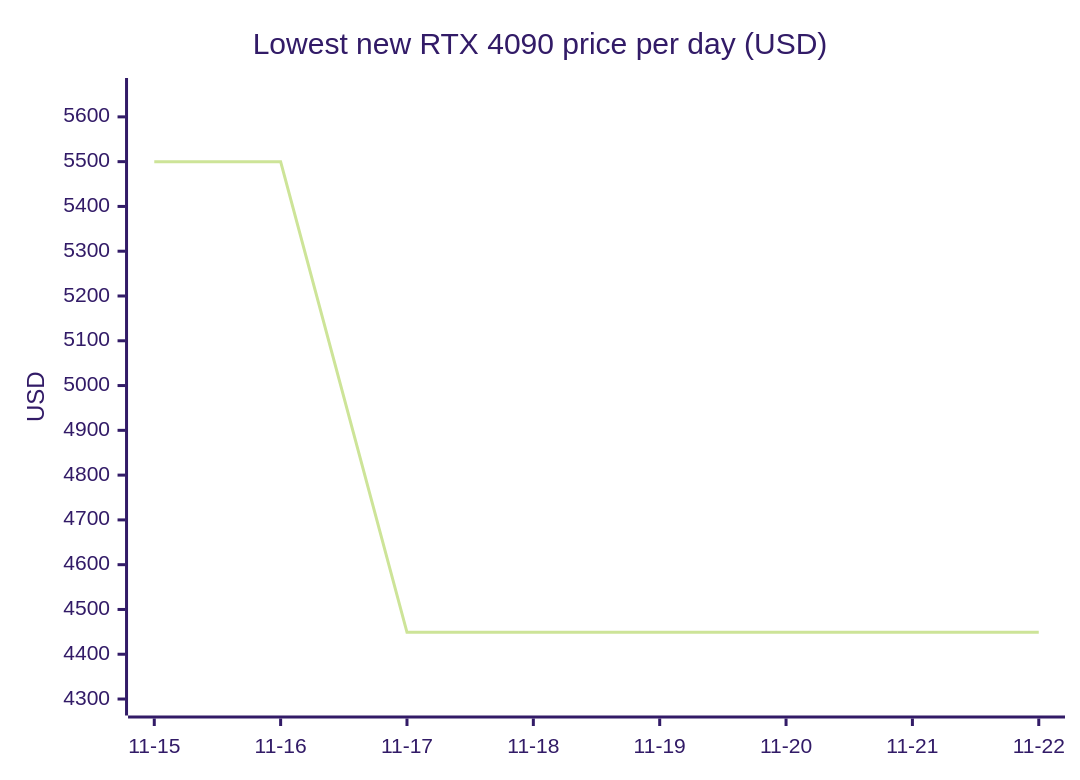
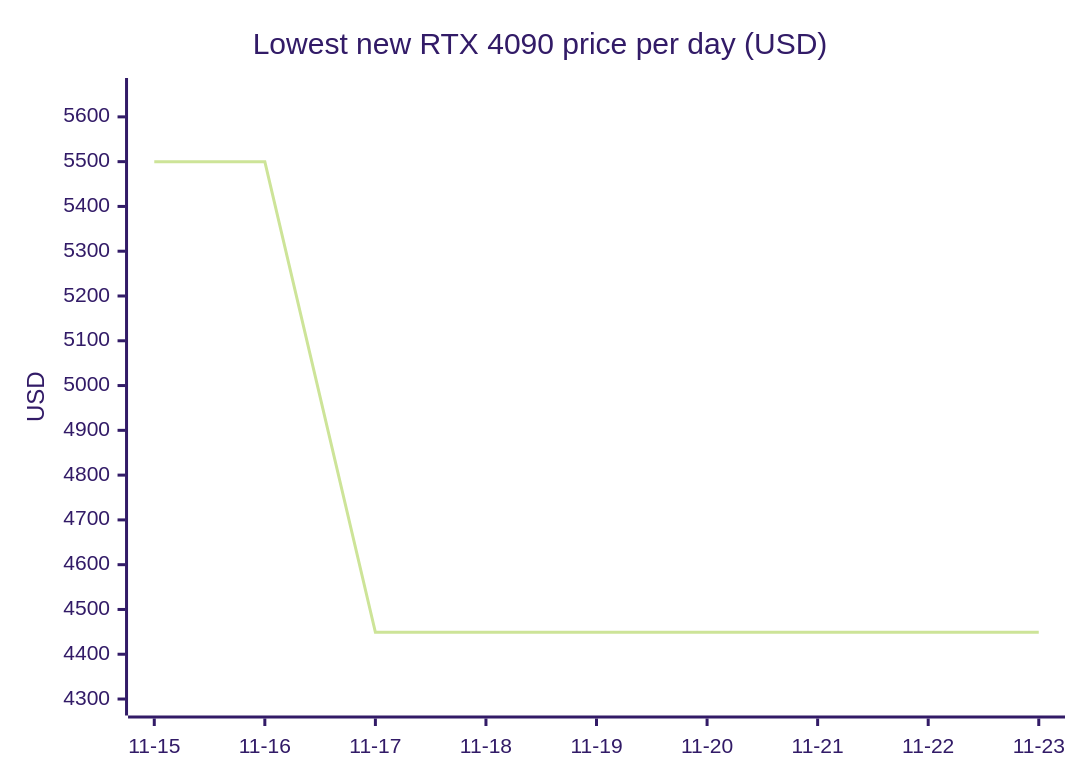
Before and after one commit to 7324136828/4tb_ssd_price_watch: the seventh of 18 diagrams in README.md, drawn with Mermaid (forest theme). The commit also changed other lines of this file, not shown here.

````diff
--- a/README.md
+++ b/README.md
@@ -831,7 +867,7 @@
 ```mermaid
 xychart-beta
     title "Lowest new RTX 4090 price per day (USD)"
-    x-axis ["11-15", "11-16", "11-17", "11-18", "11-19", "11-20", "11-21", "11-22"]
+    x-axis ["11-15", "11-16", "11-17", "11-18", "11-19", "11-20", "11-21", "11-22", "11-23"]
     y-axis "USD" 4290 --> 5660
-    line [5500.00, 5500.00, 4449.00, 4449.00, 4449.00, 4449.00, 4449.00, 4449.00]
+    line [5500.00, 5500.00, 4449.00, 4449.00, 4449.00, 4449.00, 4449.00, 4449.00, 4449.00]
 ```
````
